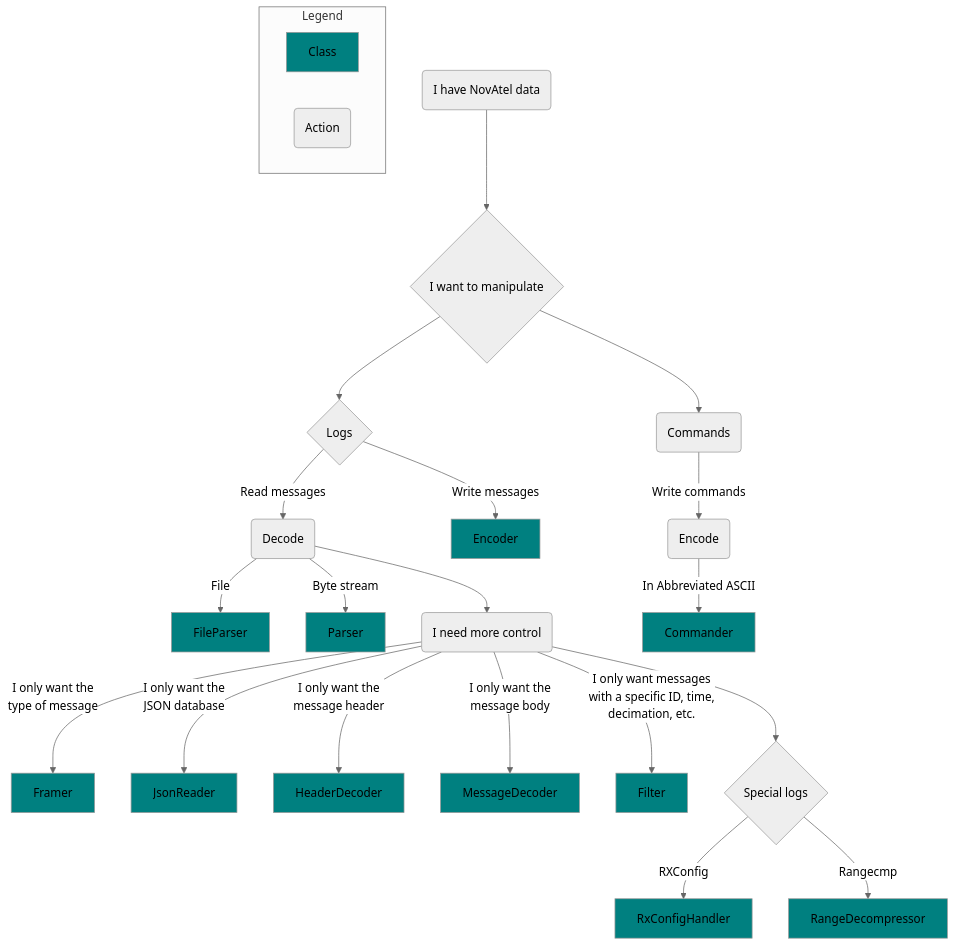
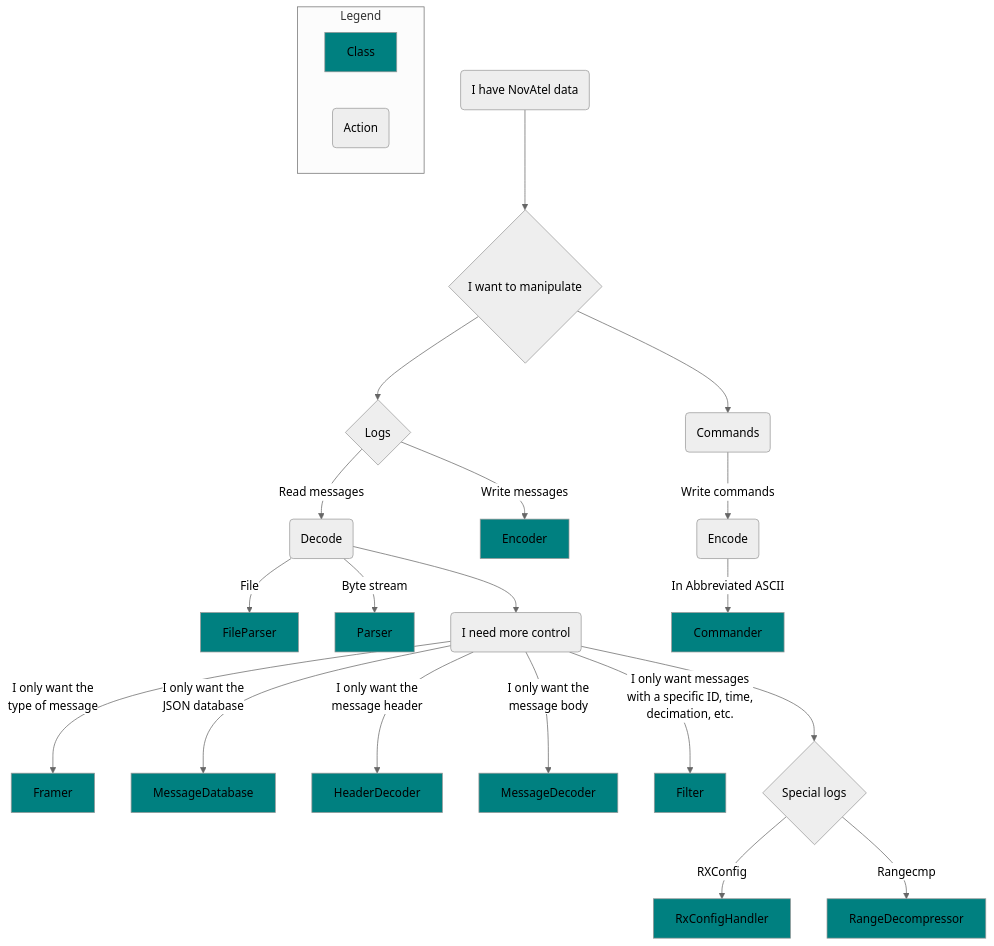
One commit to novatel/novatel_edie changed the diagram in README.md. Above: the diagram before and after it, drawn with Mermaid (neutral theme). The commit also changed other lines of this file and 11 other files, not shown here.

````diff
--- a/README.md
+++ b/README.md
@@ -155,28 +156,28 @@
 ```mermaid
 flowchart TD
     START(I have NovAtel data) --> STEP_ONE{I want to manipulate}
     STEP_ONE --> LOGS{Logs}
     STEP_ONE --> COMMANDS(Commands)
     LOGS -->|Read messages| DECODE(Decode)
     LOGS -->|Write messages| ENCODER[Encoder]:::cppclass
     COMMANDS -->|Write commands| ENCODE(Encode)
     DECODE -->|File| FILE_PARSER[FileParser]:::cppclass
     DECODE -->|Byte stream| PARSER[Parser]:::cppclass
     DECODE --> MORE_CONTROL(I need more control)
     MORE_CONTROL -->|I only want the<br/>type of message| FRAMER[Framer]:::cppclass
-    MORE_CONTROL -->|I only want the<br/>JSON database| JSON_READER[JsonReader]:::cppclass
+    MORE_CONTROL -->|I only want the<br/>JSON database| MESSAGE_DATABASE[MessageDatabase]:::cppclass
     MORE_CONTROL -->|I only want the<br/>message header| HEADER_DECODER[HeaderDecoder]:::cppclass
     MORE_CONTROL -->|I only want the<br/>message body| MESSAGE_DECODER[MessageDecoder]:::cppclass
     MORE_CONTROL -->|I only want messages<br/>with a specific ID, time,<br/>decimation, etc.| FILTER[Filter]:::cppclass
         MORE_CONTROL --> SPECIAL_LOGS{Special logs}
     SPECIAL_LOGS -->|RXConfig| RXCONFIG_HANDLER[RxConfigHandler]:::cppclass
     SPECIAL_LOGS -->|Rangecmp| RANGE_DECOMPRESSOR[RangeDecompressor]:::cppclass
     ENCODE -->|In Abbreviated ASCII| COMMANDER[Commander]:::cppclass
 
     subgraph Legend
         CLASS[Class]:::cppclass
         ACTION(Action)
     end
 
     classDef cppclass fill:teal
 ```
````
